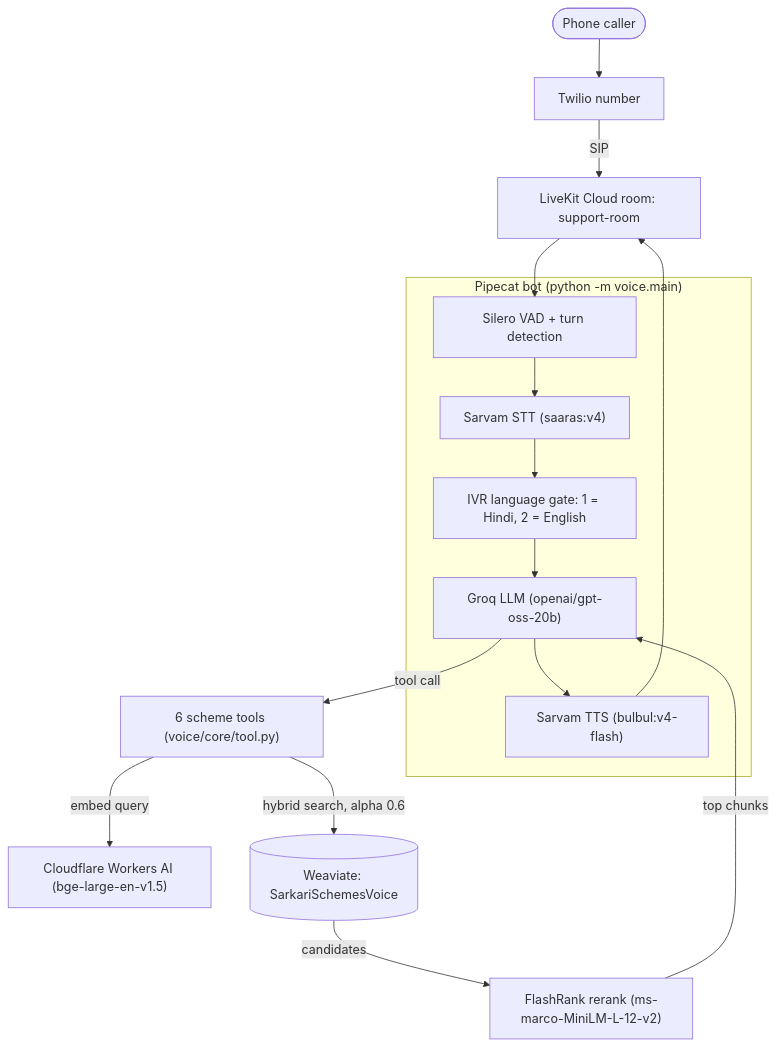
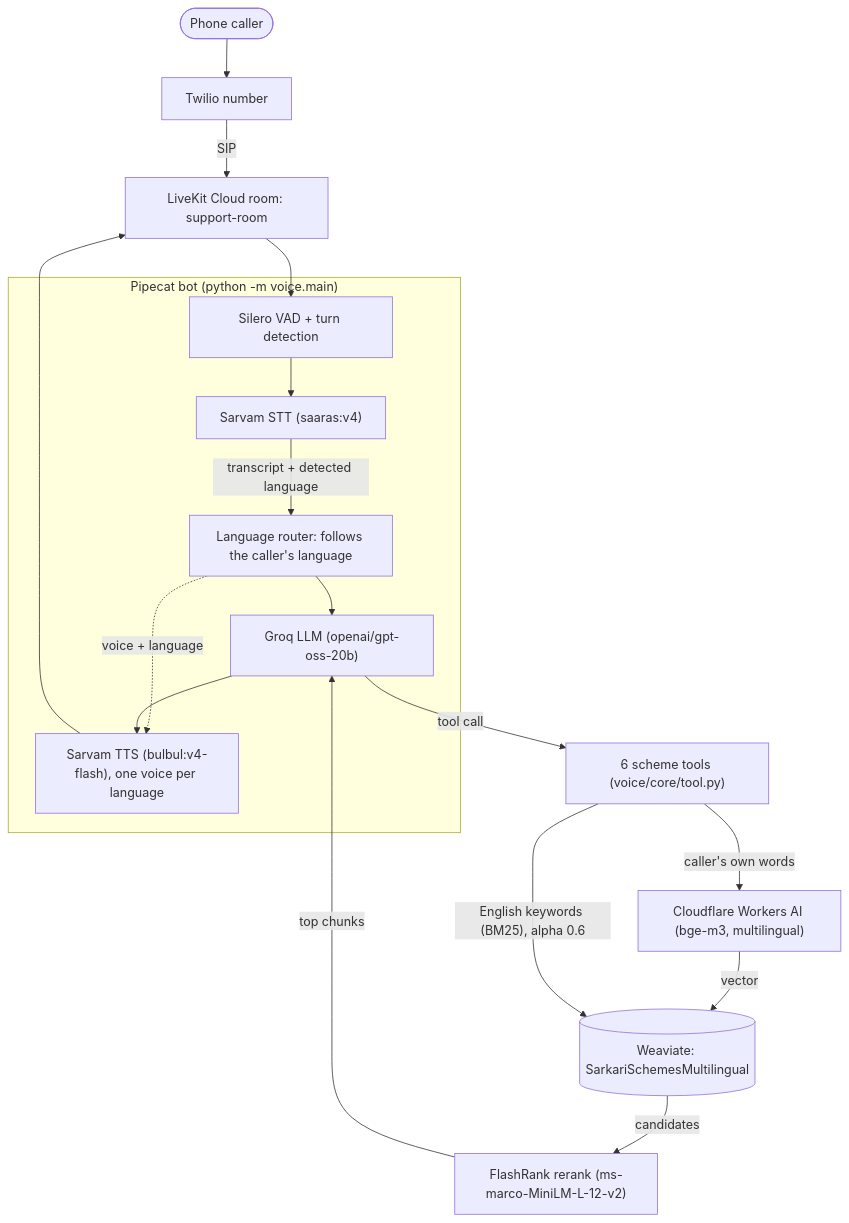
Before and after one commit to Jagrit7/Sarkari-Sahayak: the diagram in README.md, drawn with Mermaid. The commit also changed other lines of this file and 6 other files, not shown here.

````diff
--- a/README.md
+++ b/README.md
@@ -102,20 +106,22 @@
 ```mermaid
 flowchart TD
     caller(["Phone caller"]) --> twilio["Twilio number"]
     twilio -- "SIP" --> lk["LiveKit Cloud room: support-room"]
     lk --> vad
 
     subgraph bot ["Pipecat bot (python -m voice.main)"]
         vad["Silero VAD + turn detection"] --> stt["Sarvam STT (saaras:v4)"]
-        stt --> ivr["IVR language gate: 1 = Hindi, 2 = English"]
-        ivr --> llm["Groq LLM (openai/gpt-oss-20b)"]
-        llm --> tts["Sarvam TTS (bulbul:v4-flash)"]
+        stt -- "transcript + detected language" --> router["Language router: follows the caller's language"]
+        router --> llm["Groq LLM (openai/gpt-oss-20b)"]
+        router -.->|"voice + language"| tts
+        llm --> tts["Sarvam TTS (bulbul:v4-flash), one voice per language"]
     end
 
     tts --> lk
     llm -- "tool call" --> tools["6 scheme tools (voice/core/tool.py)"]
-    tools -- "embed query" --> cf["Cloudflare Workers AI (bge-large-en-v1.5)"]
-    tools -- "hybrid search, alpha 0.6" --> wv[("Weaviate: SarkariSchemesVoice")]
+    tools -- "caller's own words" --> cf["Cloudflare Workers AI (bge-m3, multilingual)"]
+    cf -- "vector" --> wv[("Weaviate: SarkariSchemesMultilingual")]
+    tools -- "English keywords (BM25), alpha 0.6" --> wv
     wv -- "candidates" --> rr["FlashRank rerank (ms-marco-MiniLM-L-12-v2)"]
     rr -- "top chunks" --> llm
 ```
````
